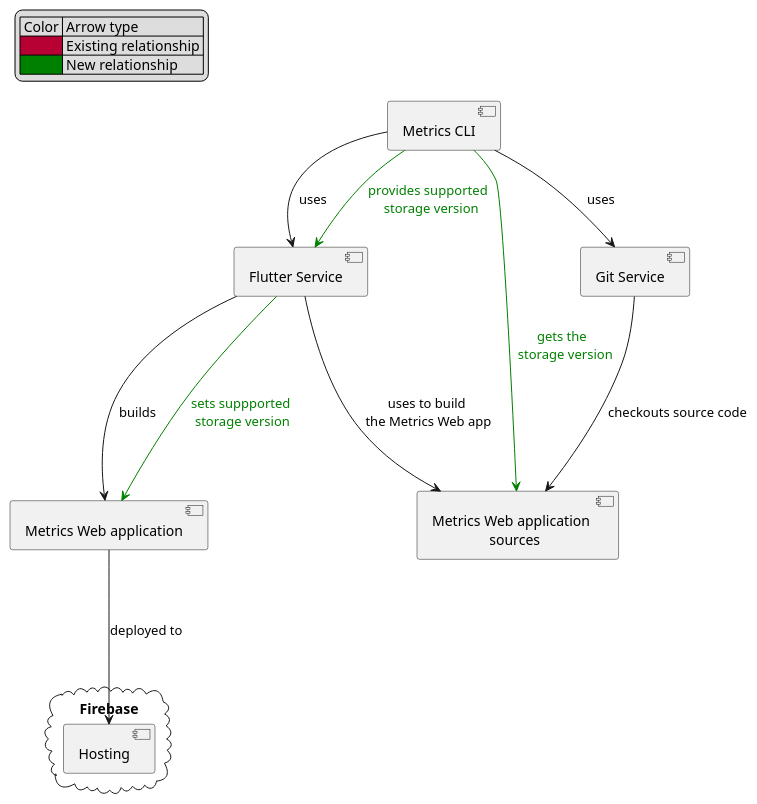
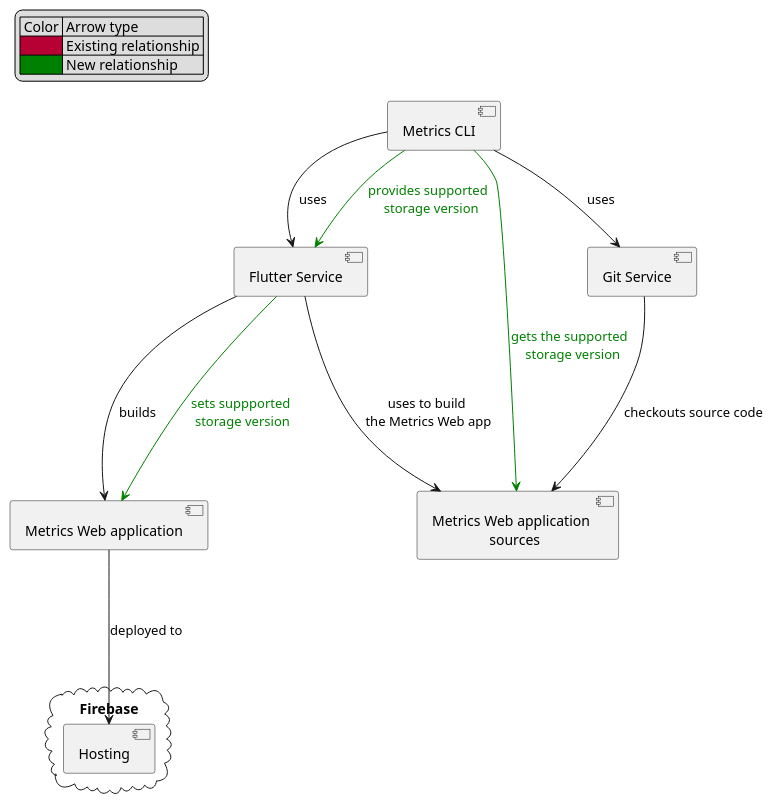
Before and after one commit to Flank/flank-dashboard: the diagram in metrics/cli/docs/features/supported_storage_version/diagrams/storage_version_components_diagram.puml, drawn with PlantUML.

Commit message:
Minor components diagram improvements

```diff
--- a/metrics/cli/docs/features/supported_storage_version/diagrams/storage_version_components_diagram.puml
+++ b/metrics/cli/docs/features/supported_storage_version/diagrams/storage_version_components_diagram.puml
@@ -1,36 +1,35 @@
-@startuml storage_version_components
+@startuml storage_version_components_diagram
 
 skinparam defaultTextAlignment center
 
 legend top left
     | Color | Arrow type |
     |<#B70033>| Existing relationship |
     |<#Green>| New relationship |
 endlegend
 
 component "Flutter Service" as flutter_service
-' component "Firebase Service" as firebase_service
 component "Git Service" as git_service
 
 component "Metrics CLI" as metrics_cli
 
 component "Metrics Web application \l sources" as metrics_web_sources
 component "Metrics Web application" as metrics_web_app
 
 cloud "Firebase" {
     component Hosting as hosting
 }
 
 metrics_cli --> flutter_service : uses
 metrics_cli -[#Green]-> flutter_service : <color:green>provides supported \n <color:green>storage version
 metrics_cli --> git_service : uses
 
 flutter_service --[#Green]-> metrics_web_app : <color:green>sets suppported\n <color:green>storage version
 flutter_service ---> metrics_web_sources : uses to build\n the Metrics Web app
 flutter_service ---> metrics_web_app : builds
 git_service ---> metrics_web_sources : checkouts source code
 metrics_web_app ---> hosting : deployed to
 
-metrics_cli -[#Green]--> metrics_web_sources : <color:green>gets the\n <color:green> storage version
+metrics_cli -[#Green]--> metrics_web_sources : <color:green>gets the supported\n <color:green> storage version
 
 @enduml
```
